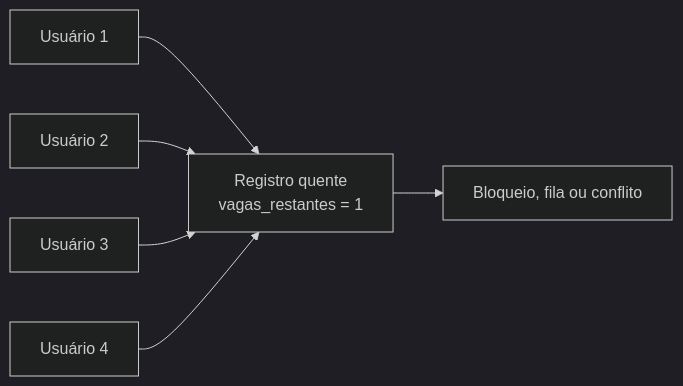
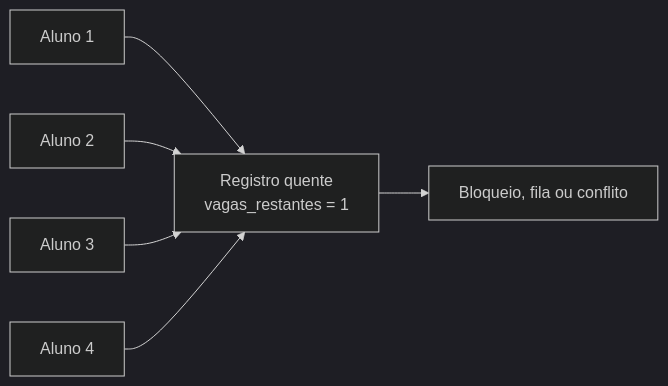
Before and after one commit to BragaD/UnDF-BancodeDados-202601: the first of 3 diagrams in content/cap06/03-concorrencia-e-contencao.qmd, drawn with Mermaid (dark theme). The commit also changed other lines of this file and 13 other files, not shown here.

````diff
--- a/content/cap06/03-concorrencia-e-contencao.qmd
+++ b/content/cap06/03-concorrencia-e-contencao.qmd
@@ -19,8 +47,8 @@
 ```{mermaid}
 flowchart LR
-    u1["Usuário 1"] --> vaga["Registro quente<br/>vagas_restantes = 1"]
-    u2["Usuário 2"] --> vaga
-    u3["Usuário 3"] --> vaga
-    u4["Usuário 4"] --> vaga
+    u1["Aluno 1"] --> vaga["Registro quente<br/>vagas_restantes = 1"]
+    u2["Aluno 2"] --> vaga
+    u3["Aluno 3"] --> vaga
+    u4["Aluno 4"] --> vaga
     vaga --> lock["Bloqueio, fila ou conflito"]
 ```
````
